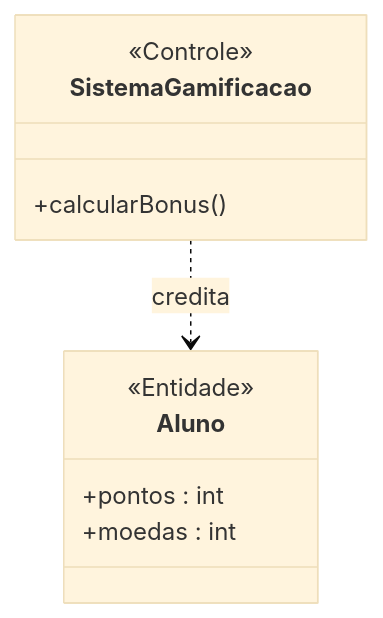
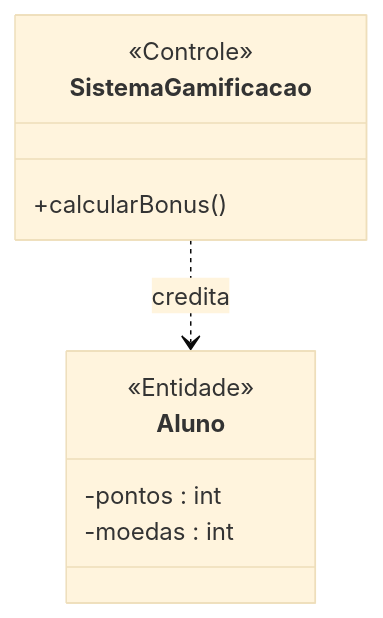
One commit to MayconDIS/PIM_III-Documentacao_UML changed the first of 2 diagrams in 02_Modelagem_UML_Astah/UC12_Atribuir_XP_Moedas/README.md. Above: the diagram before and after it, drawn with Mermaid (base theme). The commit also changed other lines of this file and 14 other files, not shown here.

Commit message:
docs(casos-uso): injeta fluxos normais e alternativos nos READMEs e atualiza mermaid

````diff
--- a/02_Modelagem_UML_Astah/UC12_Atribuir_XP_Moedas/README.md
+++ b/02_Modelagem_UML_Astah/UC12_Atribuir_XP_Moedas/README.md
@@ -51,13 +55,13 @@
 ```mermaid
 classDiagram
     class SistemaGamificacao {
         <<Controle>>
         +calcularBonus()
     }
     class Aluno {
         <<Entidade>>
-        +pontos : int
-        +moedas : int
+        -pontos : int
+        -moedas : int
     }
     SistemaGamificacao ..> Aluno : credita
 ```
````
